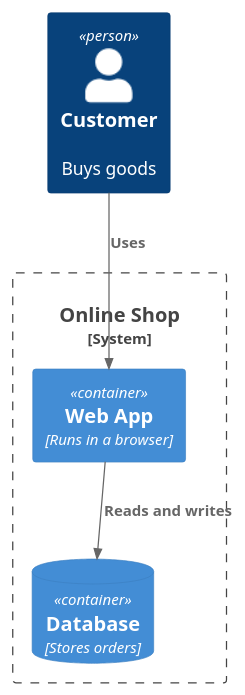
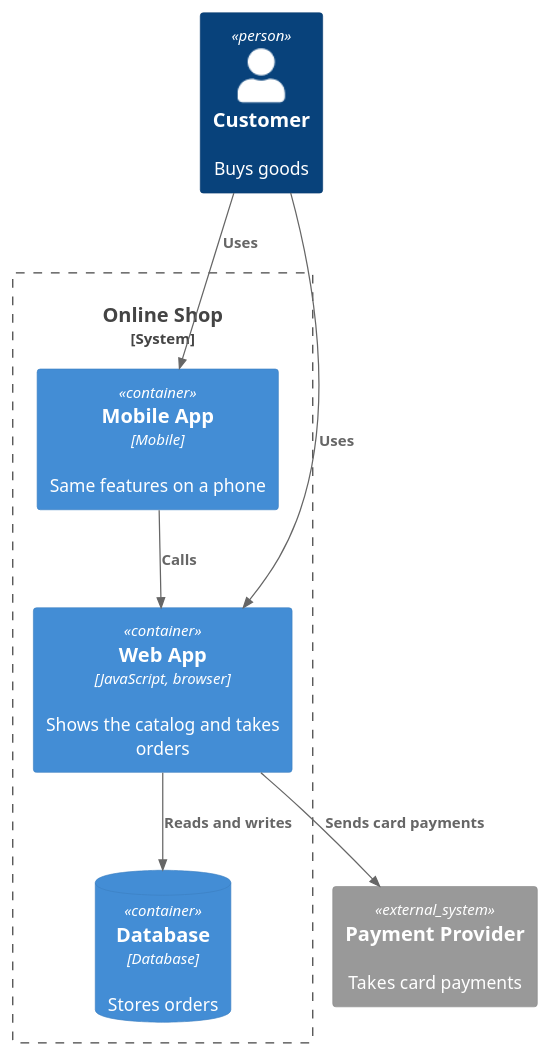
Before and after one commit to gabrieltorresgamez/arc-guide: the diagram in content/concepts/documentation/c4-model/diagram-1.c4.puml, drawn with PlantUML. The commit also changed 388 other files, not shown here.

```diff
--- a/content/concepts/documentation/c4-model/diagram-1.c4.puml
+++ b/content/concepts/documentation/c4-model/diagram-1.c4.puml
@@ -1,10 +1,15 @@
 @startuml
 !include <C4/C4_Container>
 Person(customer, "Customer", "Buys goods")
+System_Ext(payment, "Payment Provider", "Takes card payments")
 System_Boundary(shop, "Online Shop") {
-  Container(web, "Web App", "Runs in a browser")
-  ContainerDb(db, "Database", "Stores orders")
+  Container(web, "Web App", "JavaScript, browser", "Shows the catalog and takes orders")
+  Container(mobile, "Mobile App", "Mobile", "Same features on a phone")
+  ContainerDb(db, "Database", "Database", "Stores orders")
 }
 Rel(customer, web, "Uses")
+Rel(customer, mobile, "Uses")
+Rel(mobile, web, "Calls")
 Rel(web, db, "Reads and writes")
+Rel(web, payment, "Sends card payments")
 @enduml
```
